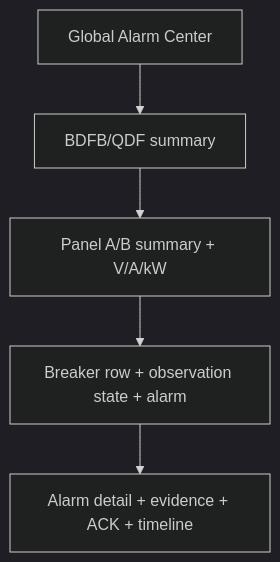
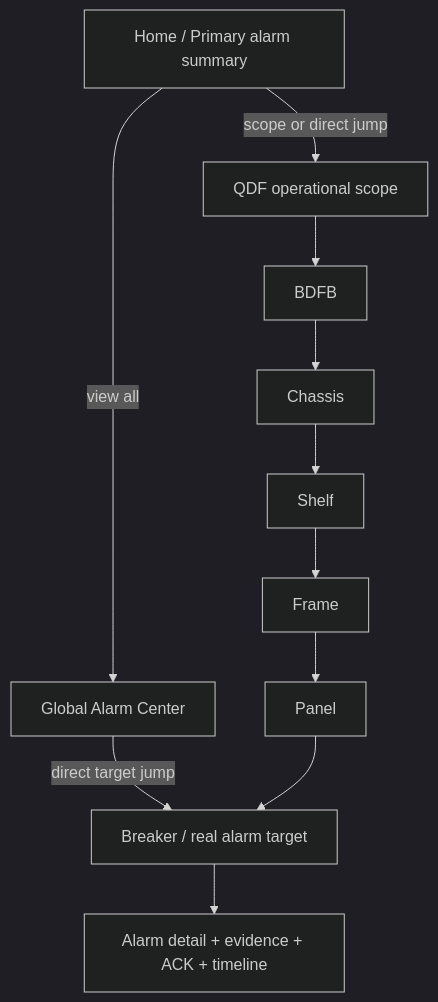
The diagram in docs/architecture/alarm-ui-placement.md (em3rc0dTh/AppM-Site-Mapper), drawn with Mermaid (dark theme) before and after one commit. The commit also changed other lines of this file, not shown here.

Commit message:
docs(architecture): freeze hierarchical alarm drill-down semantics

````diff
--- a/docs/architecture/alarm-ui-placement.md
+++ b/docs/architecture/alarm-ui-placement.md
@@ -486,13 +637,25 @@
 ```mermaid
 flowchart TD
+  HOME["Home / Primary alarm summary"]
   AC["Global Alarm Center"]
-  B["BDFB/QDF summary"]
-  P["Panel A/B summary + V/A/kW"]
-  C["Breaker row + observation state + alarm"]
+  Q["QDF operational scope"]
+  B["BDFB"]
+  C["Chassis"]
+  S["Shelf"]
+  F["Frame"]
+  P["Panel"]
+  BR["Breaker / real alarm target"]
   D["Alarm detail + evidence + ACK + timeline"]
 
-  AC --> B
-  B --> P
-  P --> C
-  C --> D
+  HOME -->|"scope or direct jump"| Q
+  HOME -->|"view all"| AC
+  AC -->|"direct target jump"| BR
+
+  Q --> B
+  B --> C
+  C --> S
+  S --> F
+  F --> P
+  P --> BR
+  BR --> D
 ```
````
